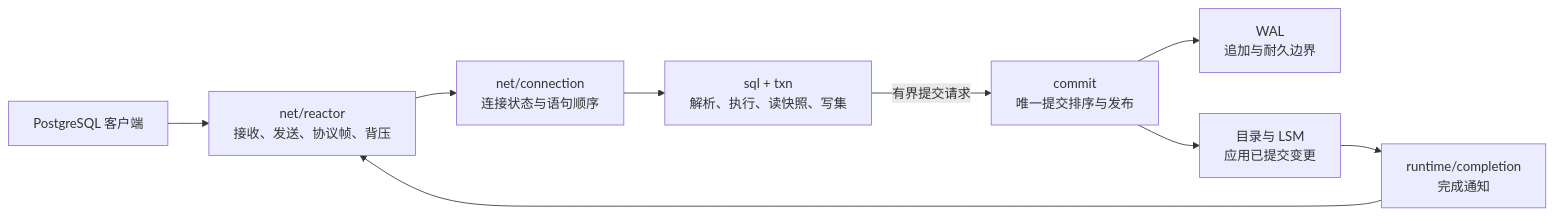
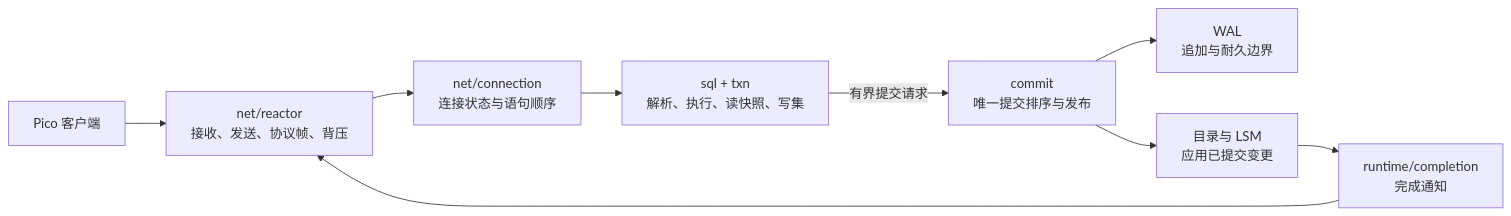
The diagram in docs/architecture/runtime-and-concurrency.md (viloris-org/Pico), drawn with Mermaid before and after one commit. The commit also changed other lines of this file and 10 other files, not shown here.

First line of the commit message:
chore(docs): clarify Pico Server and Client separation and native protocol

````diff
--- a/docs/architecture/runtime-and-concurrency.md
+++ b/docs/architecture/runtime-and-concurrency.md
@@ -35,11 +35,11 @@
 ```mermaid
 flowchart LR
-  client["PostgreSQL 客户端"] --> reactor["net/reactor\n接收、发送、协议帧、背压"]
+  client["Pico 客户端"] --> reactor["net/reactor\n接收、发送、协议帧、背压"]
   reactor --> connection["net/connection\n连接状态与语句顺序"]
   connection --> sql["sql + txn\n解析、执行、读快照、写集"]
   sql -->|"有界提交请求"| commit["commit\n唯一提交排序与发布"]
   commit --> wal["WAL\n追加与耐久边界"]
   commit --> storage["目录与 LSM\n应用已提交变更"]
   storage --> completion["runtime/completion\n完成通知"]
   completion --> reactor
 ```
````
